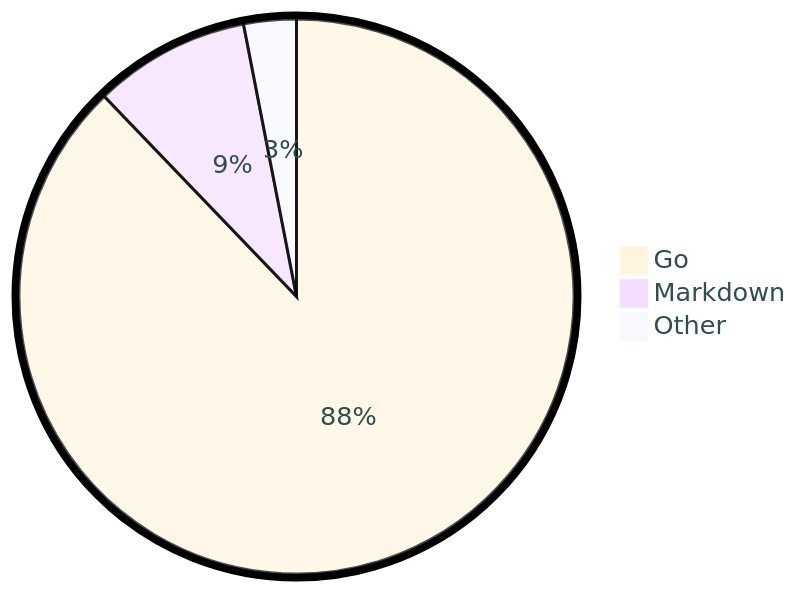
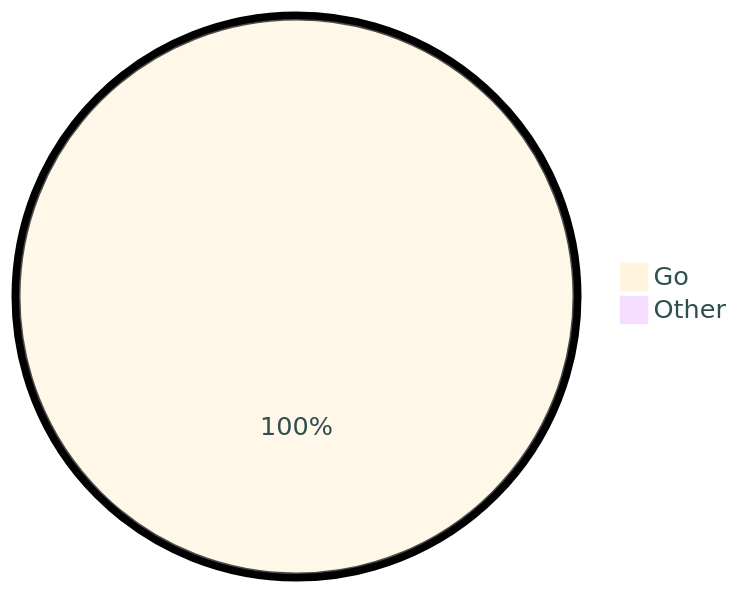
The diagram in README.md (tot0p/tot0p), drawn with Mermaid before and after one commit. The commit also changed other lines of this file, not shown here.

````diff
--- a/README.md
+++ b/README.md
@@ -69,7 +67,6 @@
 ```mermaid
 %%{init: {"pie": {"textPosition": 0.5}, "themeVariables": {"pieOuterStrokeWidth": "5px","primaryTextColor" : "#2F4F4F"},"theme":"base"} }%%
 pie
-	"Go": 87.82
-	"Markdown": 9.12
-	"Other": 3.06
+	"Go": 99.67
+	"Other": 0.33
 ```
````
